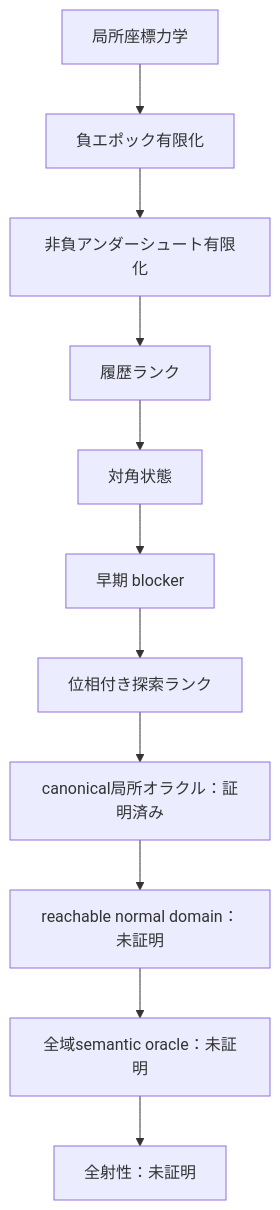
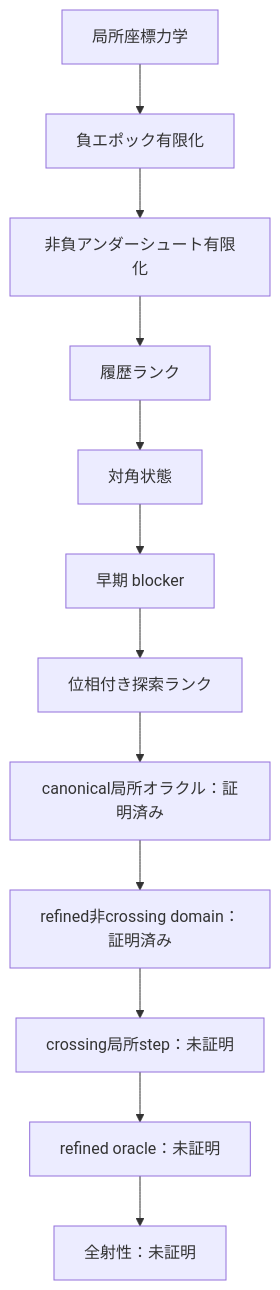
One commit to hirokidaichi/recaman-lean-research changed the diagram in README.md. Above: the diagram before and after it, drawn with Mermaid. The commit also changed other lines of this file and 13 other files, not shown here.

````diff
--- a/README.md
+++ b/README.md
@@ -50,13 +55,14 @@
 ```mermaid
 flowchart TD
     A["局所座標力学"] --> B["負エポック有限化"]
     B --> C["非負アンダーシュート有限化"]
     C --> D["履歴ランク"]
     D --> E["対角状態"]
     E --> F["早期 blocker"]
     F --> G["位相付き探索ランク"]
     G --> H["canonical局所オラクル：証明済み"]
-    H --> I["reachable normal domain：未証明"]
-    I --> J["全域semantic oracle：未証明"]
-    J --> K["全射性：未証明"]
+    H --> I["refined非crossing domain：証明済み"]
+    I --> J["crossing局所step：未証明"]
+    J --> K["refined oracle：未証明"]
+    K --> L["全射性：未証明"]
 ```
````
